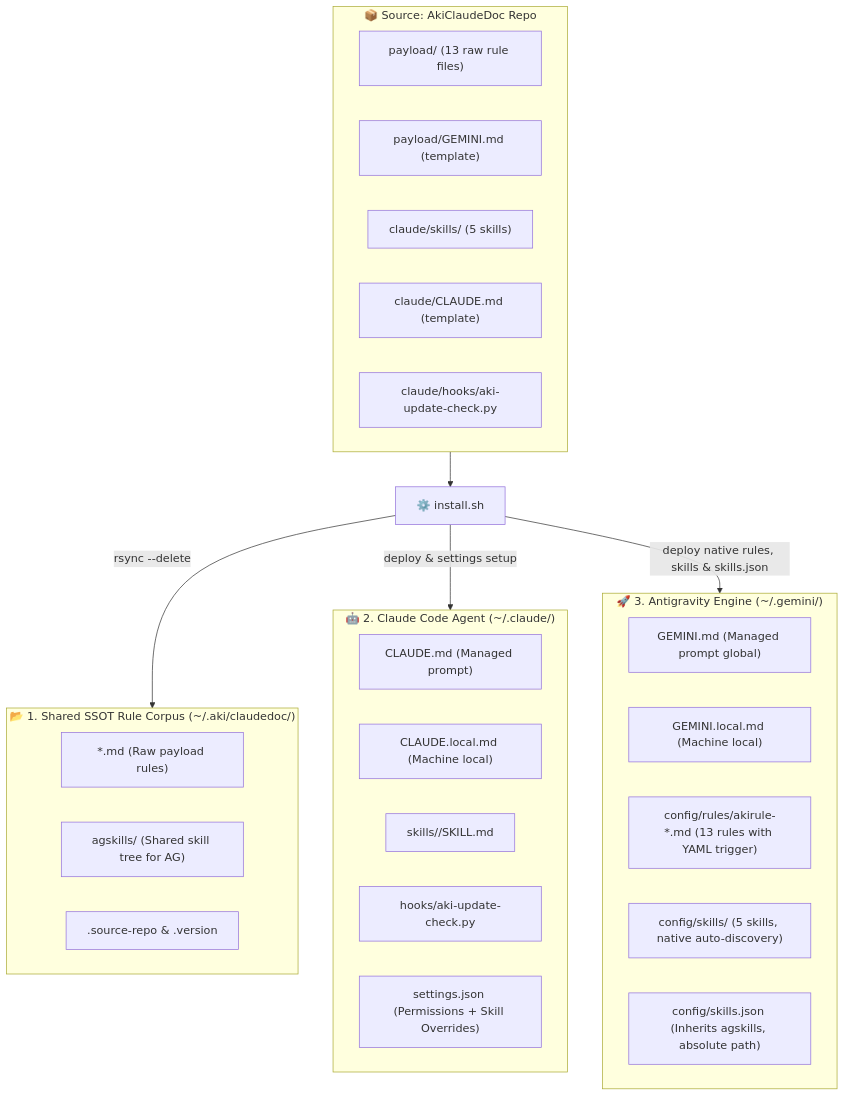
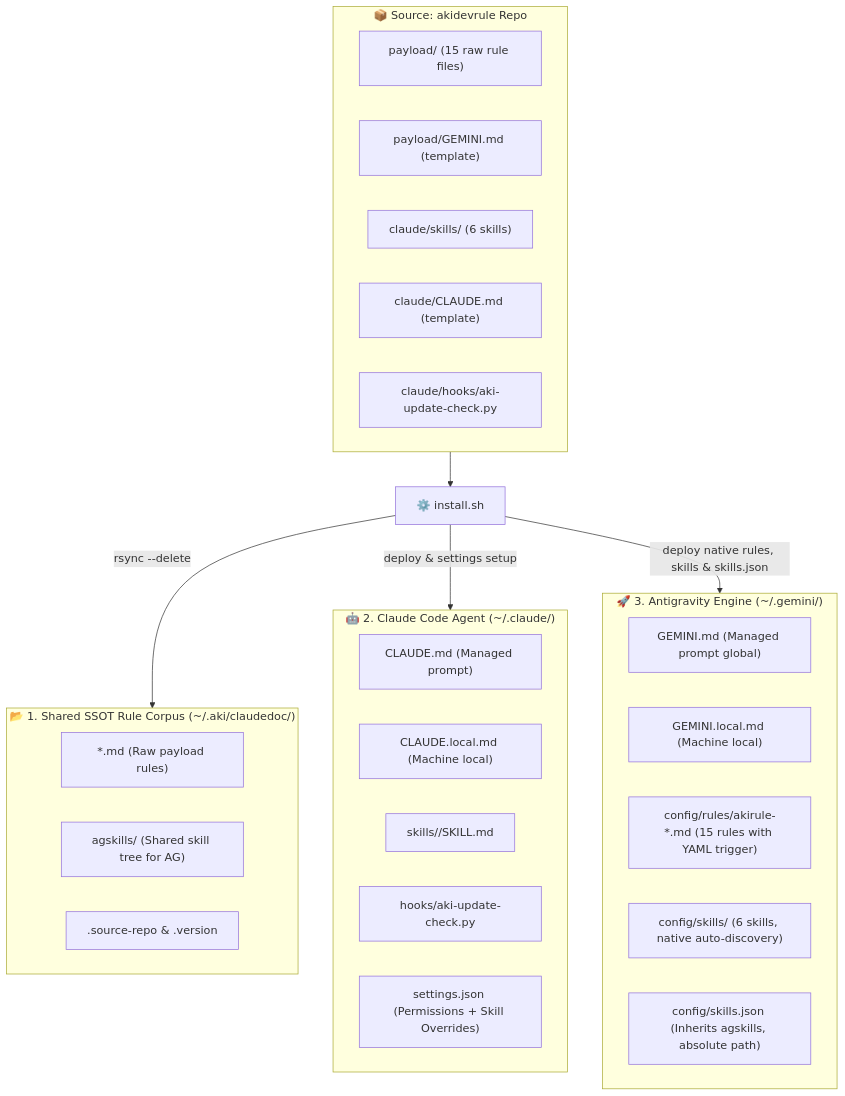
Before and after one commit to QuachGia1994/akidevrule: the diagram in README.md, drawn with Mermaid. The commit also changed other lines of this file and 9 other files, not shown here.

First line of the commit message:
feat(flow): add /akiflow pipeline skill with RULE-biz and METHOD-ux-psych foundations

````diff
--- a/README.md
+++ b/README.md
@@ -95,42 +99,42 @@
 ```mermaid
 flowchart TD
-    subgraph SRC["📦 Source: AkiClaudeDoc Repo"]
-        PAYLOAD["payload/ (13 raw rule files)"]
+    subgraph SRC["📦 Source: akidevrule Repo"]
+        PAYLOAD["payload/ (15 raw rule files)"]
         PGEMINI["payload/GEMINI.md (template)"]
-        CSKILLS["claude/skills/ (5 skills)"]
+        CSKILLS["claude/skills/ (6 skills)"]
         CCLAUDE["claude/CLAUDE.md (template)"]
         CHOOKS["claude/hooks/aki-update-check.py"]
     end
 
     INSTALL["⚙️ install.sh"]
     SRC --> INSTALL
 
     %% TARGET 1: ~/.aki/claudedoc/
     subgraph T1["📂 1. Shared SSOT Rule Corpus (~/.aki/claudedoc/)"]
         R_CORPUS["*.md (Raw payload rules)"]
         R_AGSKILLS["agskills/ (Shared skill tree for AG)"]
         R_META[".source-repo & .version"]
     end
 
     %% TARGET 2: ~/.claude/
     subgraph T2["🤖 2. Claude Code Agent (~/.claude/)"]
         C_MD["CLAUDE.md (Managed prompt)"]
         C_LOCAL["CLAUDE.local.md (Machine local)"]
         C_SKILLS["skills/<skill_name>/SKILL.md"]
         C_HOOKS["hooks/aki-update-check.py"]
         C_SET["settings.json (Permissions + Skill Overrides)"]
     end
 
     %% TARGET 3: ~/.gemini/
     subgraph T3["🚀 3. Antigravity Engine (~/.gemini/)"]
         G_MD["GEMINI.md (Managed prompt global)"]
         G_LOCAL["GEMINI.local.md (Machine local)"]
-        G_RULES["config/rules/akirule-*.md (13 rules with YAML trigger)"]
-        G_SKILLS["config/skills/ (5 skills, native auto-discovery)"]
+        G_RULES["config/rules/akirule-*.md (15 rules with YAML trigger)"]
+        G_SKILLS["config/skills/ (6 skills, native auto-discovery)"]
         G_SJSON["config/skills.json (Inherits agskills, absolute path)"]
     end
 
     INSTALL -->|"rsync --delete"| T1
     INSTALL -->|"deploy & settings setup"| T2
     INSTALL -->|"deploy native rules, skills & skills.json"| T3
 ```
````
